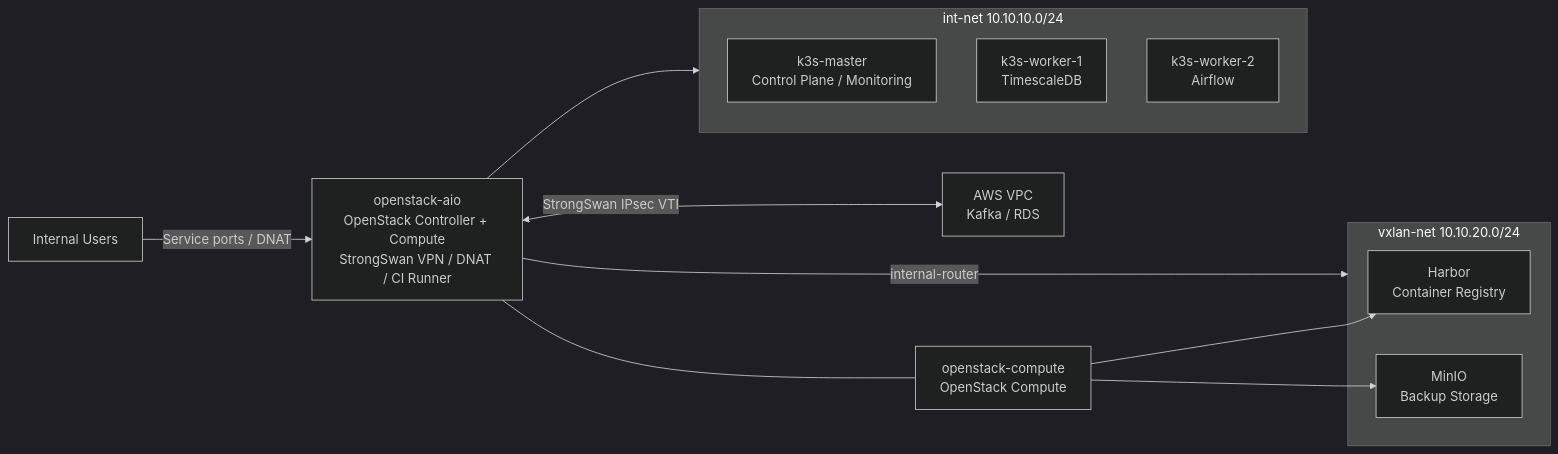
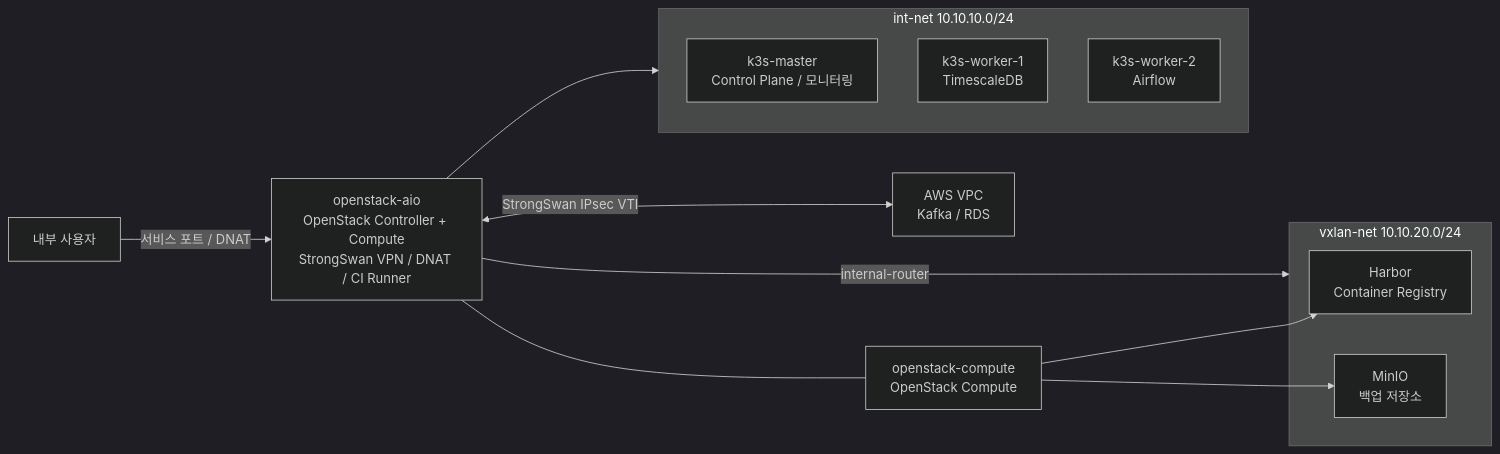
One commit to baro-team/baro-private changed the diagram in README.md. Above: the diagram before and after it, drawn with Mermaid (dark theme). The commit also changed other lines of this file, not shown here.

````diff
--- a/README.md
+++ b/README.md
@@ -9,26 +9,26 @@
 ```mermaid
 flowchart LR
-    USERS["Internal Users"]
+    USERS["내부 사용자"]
     AWS["AWS VPC<br/>Kafka / RDS"]
     AIO["openstack-aio<br/>OpenStack Controller + Compute<br/>StrongSwan VPN / DNAT / CI Runner"]
     COMPUTE["openstack-compute<br/>OpenStack Compute"]
 
     subgraph INT["int-net 10.10.10.0/24"]
-        MASTER["k3s-master<br/>Control Plane / Monitoring"]
+        MASTER["k3s-master<br/>Control Plane / 모니터링"]
         WORKER1["k3s-worker-1<br/>TimescaleDB"]
         WORKER2["k3s-worker-2<br/>Airflow"]
     end
 
     subgraph VXLAN["vxlan-net 10.10.20.0/24"]
         HARBOR["Harbor<br/>Container Registry"]
-        BACKUP["MinIO<br/>Backup Storage"]
+        BACKUP["MinIO<br/>백업 저장소"]
     end
 
-    USERS -->|"Service ports / DNAT"| AIO
+    USERS -->|"서비스 포트 / DNAT"| AIO
     AIO <-->|"StrongSwan IPsec VTI"| AWS
     AIO --> INT
     AIO -->|"internal-router"| VXLAN
     AIO --- COMPUTE
     COMPUTE --> HARBOR
     COMPUTE --> BACKUP
 ```
````
